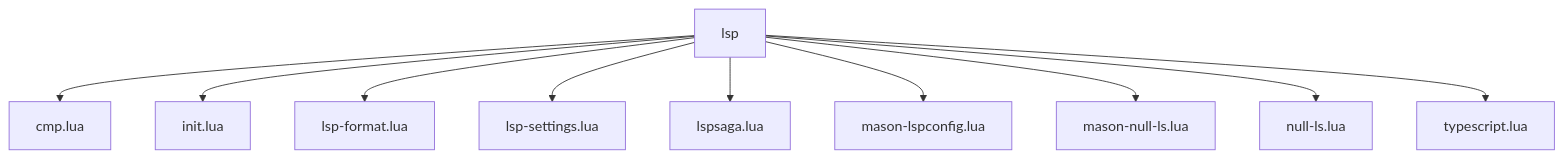
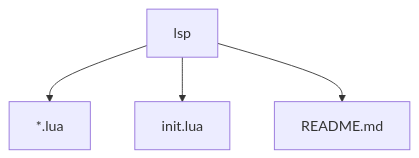
Before and after one commit to the-essence-of-life/sparenvim: the sixth of 7 diagrams in README.md, drawn with Mermaid. The commit also changed other lines of this file, not shown here.

````diff
--- a/README.md
+++ b/README.md
@@ -256,12 +234,6 @@
 ```mermaid
 flowchart TB;
-    lsp-->cmp.lua;
+    lsp-->*.lua;
     lsp-->init.lua;
-    lsp-->lsp-format.lua;
-    lsp-->lsp-settings.lua;
-    lsp-->lspsaga.lua;
-    lsp-->mason-lspconfig.lua;
-    lsp-->mason-null-ls.lua;
-    lsp-->null-ls.lua;
-    lsp-->typescript.lua;
+    lsp-->README.md;
 ```
````
